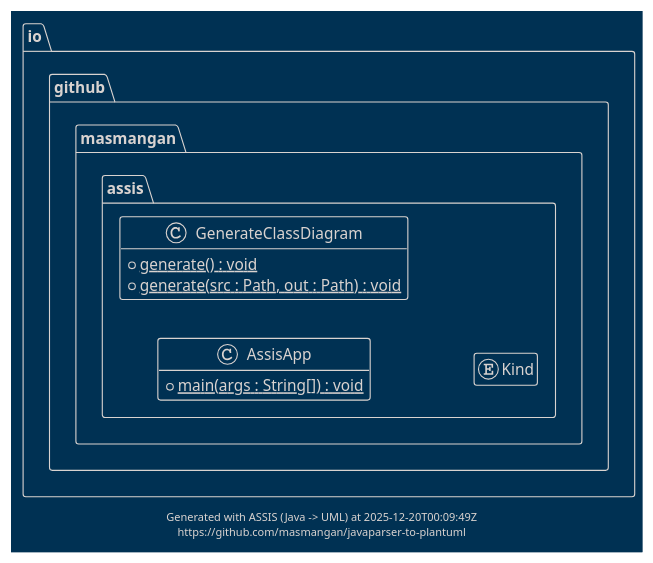
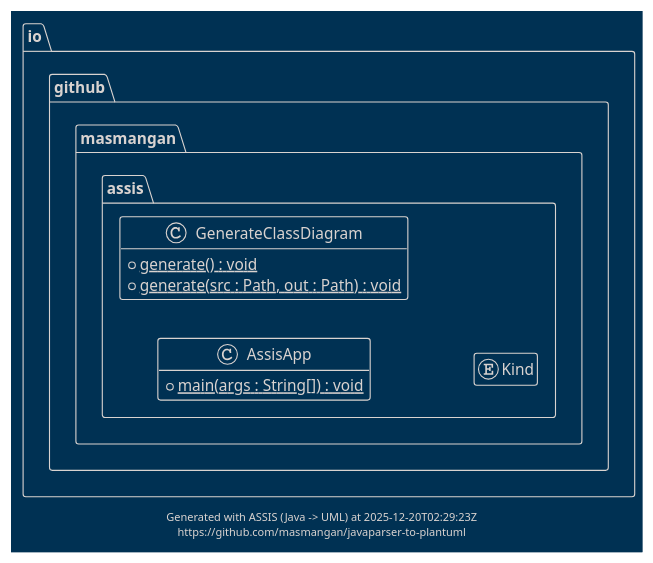
One commit to masmangan/assis changed the diagram in docs/uml/class-diagram.puml. Above: the diagram before and after it, drawn with PlantUML. The commit also changed 1 other file, not shown here.

```diff
--- a/docs/uml/class-diagram.puml
+++ b/docs/uml/class-diagram.puml
@@ -1,23 +1,23 @@
 @startuml class-diagram
 hide empty members
 !theme blueprint
 package "io.github.masmangan.assis" {
 class AssisApp {
   + main(args : String[]) : void {static}
 }
 class GenerateClassDiagram {
   + generate() : void {static}
   + generate(src : Path, out : Path) : void {static}
 }
 enum Kind {
 }
 }
 
 left to right direction
 
 center footer
-Generated with ASSIS (Java -> UML) at 2025-12-20T00:09:49Z
+Generated with ASSIS (Java -> UML) at 2025-12-20T02:29:23Z
 https://github.com/masmangan/javaparser-to-plantuml
 end footer
 
 @enduml
```
